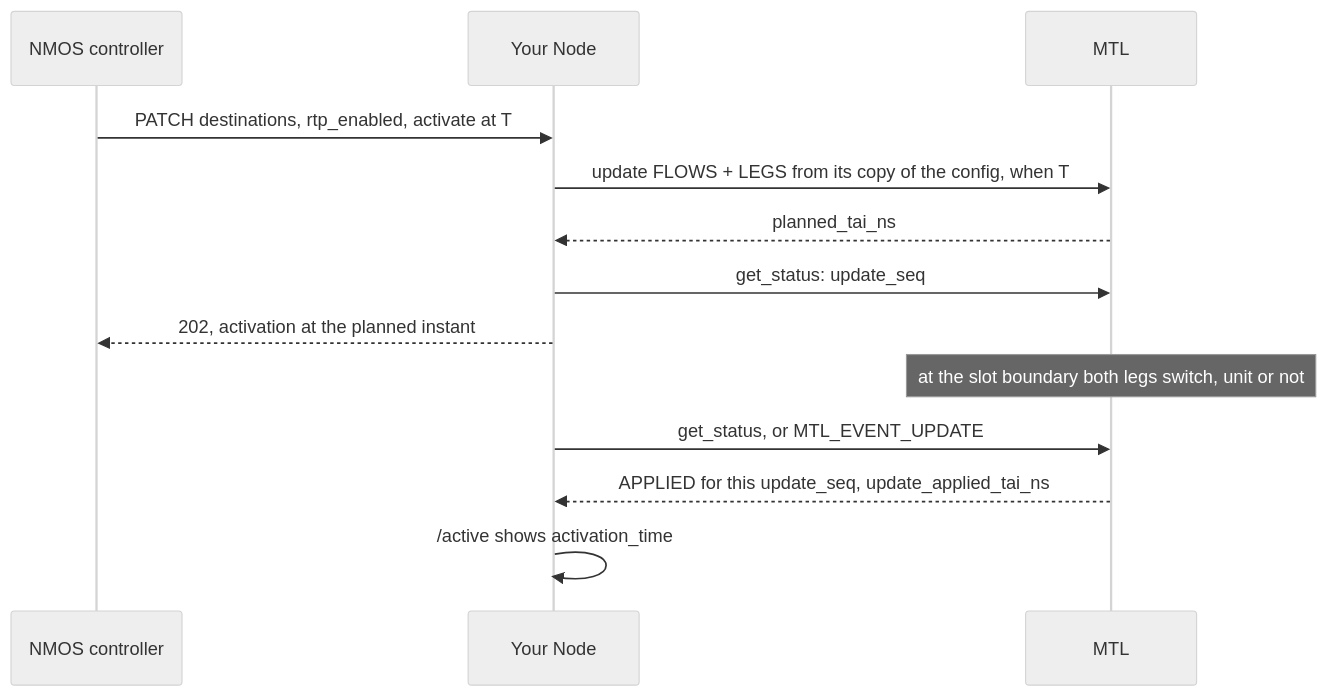
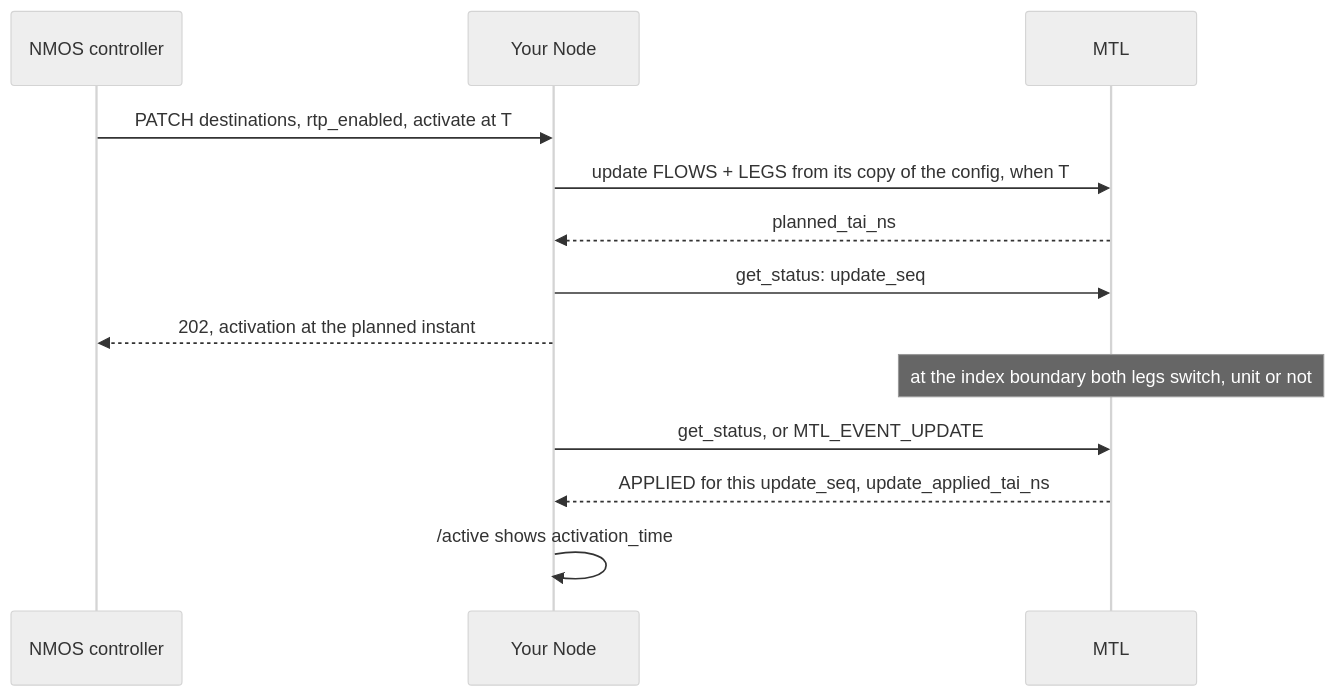
One commit to Sakoram/Media-Transport-Library changed diagram 15 of 56 in doc/unified-api/diagrams.md. Above: the diagram before and after it, drawn with Mermaid (neutral theme). The commit also changed other lines of this file and 53 other files, not shown here.

````diff
--- a/doc/unified-api/diagrams.md
+++ b/doc/unified-api/diagrams.md
@@ -396,15 +397,15 @@
 ```mermaid
 sequenceDiagram
     participant C as NMOS controller
     participant N as Your Node
     participant M as MTL
     C->>N: PATCH destinations, rtp_enabled, activate at T
     N->>M: update FLOWS + LEGS from its copy of the config, when T
     M-->>N: planned_tai_ns
     N->>M: get_status: update_seq
     N-->>C: 202, activation at the planned instant
-    Note over M: at the slot boundary both legs switch, unit or not
+    Note over M: at the index boundary both legs switch, unit or not
     N->>M: get_status, or MTL_EVENT_UPDATE
     M-->>N: APPLIED for this update_seq, update_applied_tai_ns
     N->>N: /active shows activation_time
 ```
````
